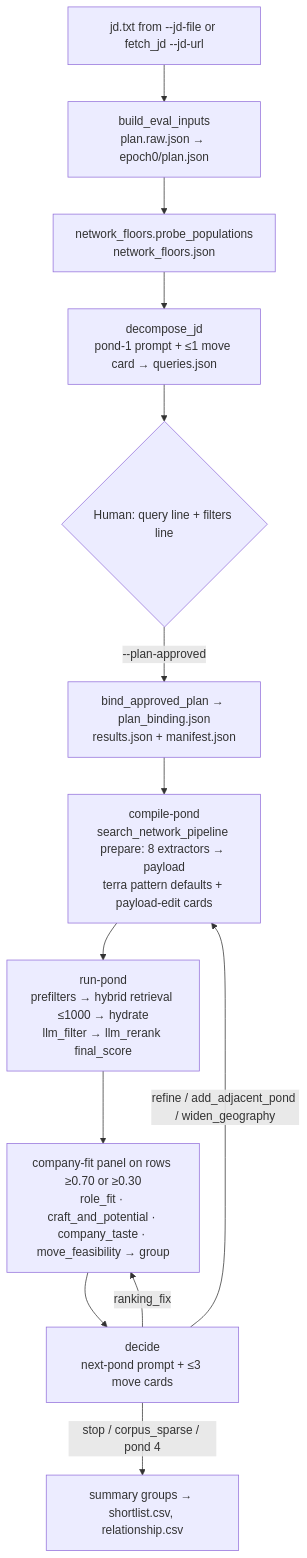
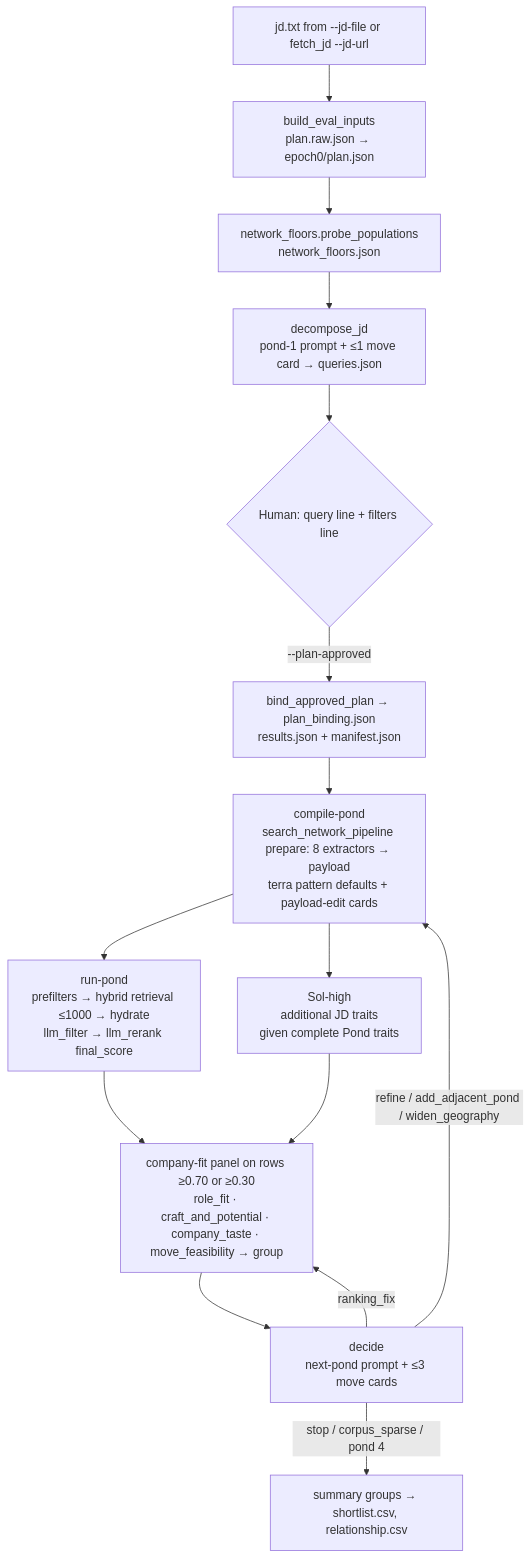
Before and after one commit to powerset-co/powerpacks: the diagram in packs/search/primitives/deep_search/README.md, drawn with Mermaid. The commit also changed other lines of this file and 15 other files, not shown here.

````diff
--- a/packs/search/primitives/deep_search/README.md
+++ b/packs/search/primitives/deep_search/README.md
@@ -71,15 +70,17 @@
 ```mermaid
 flowchart TD
     JD[jd.txt from --jd-file or fetch_jd --jd-url] --> PLAN[build_eval_inputs<br/>plan.raw.json → epoch0/plan.json]
     PLAN --> FLOORS[network_floors.probe_populations<br/>network_floors.json]
     FLOORS --> Q1[decompose_jd<br/>pond-1 prompt + ≤1 move card → queries.json]
     Q1 --> REVIEW{Human: query line + filters line}
     REVIEW -->|--plan-approved| BIND[bind_approved_plan → plan_binding.json<br/>results.json + manifest.json]
     BIND --> COMPILE[compile-pond<br/>search_network_pipeline prepare: 8 extractors → payload<br/>terra pattern defaults + payload-edit cards]
     COMPILE --> RUN[run-pond<br/>prefilters → hybrid retrieval ≤1000 → hydrate<br/>llm_filter → llm_rerank final_score]
+    COMPILE --> TRAITS[Sol-high<br/>additional JD traits<br/>given complete Pond traits]
     RUN --> FIT[company-fit panel on rows ≥0.70 or ≥0.30<br/>role_fit · craft_and_potential · company_taste · move_feasibility → group]
+    TRAITS --> FIT
     FIT --> DECIDE[decide<br/>next-pond prompt + ≤3 move cards]
     DECIDE -->|refine / add_adjacent_pond / widen_geography| COMPILE
     DECIDE -->|ranking_fix| FIT
     DECIDE -->|stop / corpus_sparse / pond 4| DONE[summary groups → shortlist.csv, relationship.csv]
 ```
````
